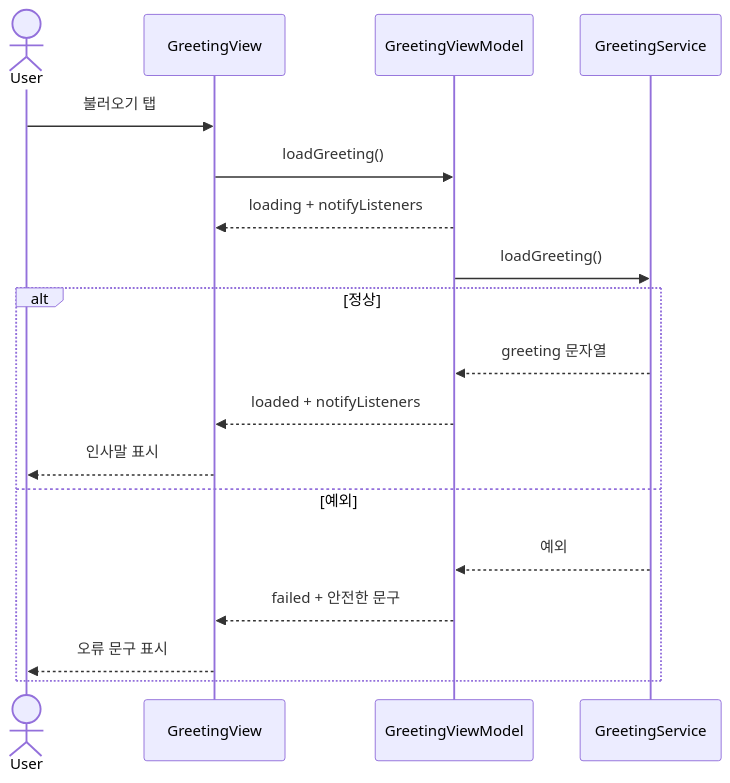
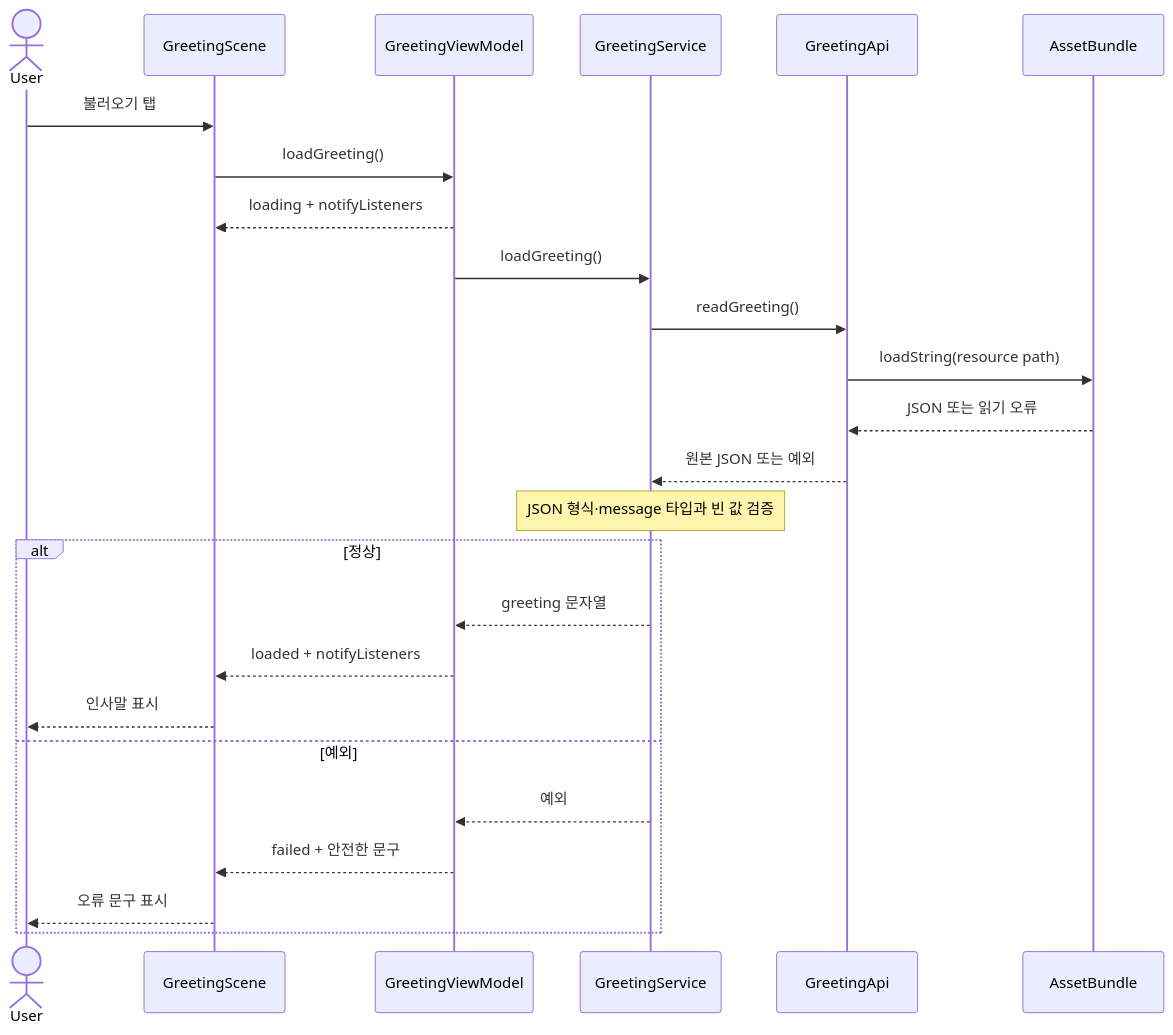
The second of 2 diagrams in 02.Boilerplates/mobile-app/docs/05-boilerplate.md (GUuu9/guuu9.github.io), drawn with Mermaid before and after one commit. The commit also changed other lines of this file and 240 other files, not shown here.

````diff
--- a/02.Boilerplates/mobile-app/docs/05-boilerplate.md
+++ b/02.Boilerplates/mobile-app/docs/05-boilerplate.md
@@ -158,20 +167,27 @@
 ```mermaid
 sequenceDiagram
   actor User
-  participant View as GreetingView
+  participant View as GreetingScene
   participant VM as GreetingViewModel
   participant Service as GreetingService
+  participant API as GreetingApi
+  participant Bundle as AssetBundle
   User->>View: 불러오기 탭
   View->>VM: loadGreeting()
   VM-->>View: loading + notifyListeners
   VM->>Service: loadGreeting()
+  Service->>API: readGreeting()
+  API->>Bundle: loadString(resource path)
+  Bundle-->>API: JSON 또는 읽기 오류
+  API-->>Service: 원본 JSON 또는 예외
+  Note over Service: JSON 형식·message 타입과 빈 값 검증
   alt 정상
     Service-->>VM: greeting 문자열
     VM-->>View: loaded + notifyListeners
     View-->>User: 인사말 표시
   else 예외
     Service-->>VM: 예외
     VM-->>View: failed + 안전한 문구
     View-->>User: 오류 문구 표시
   end
 ```
````
